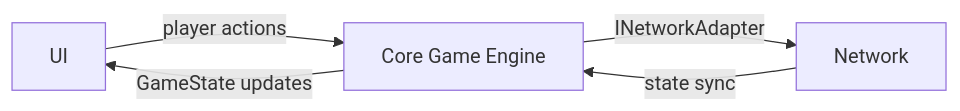
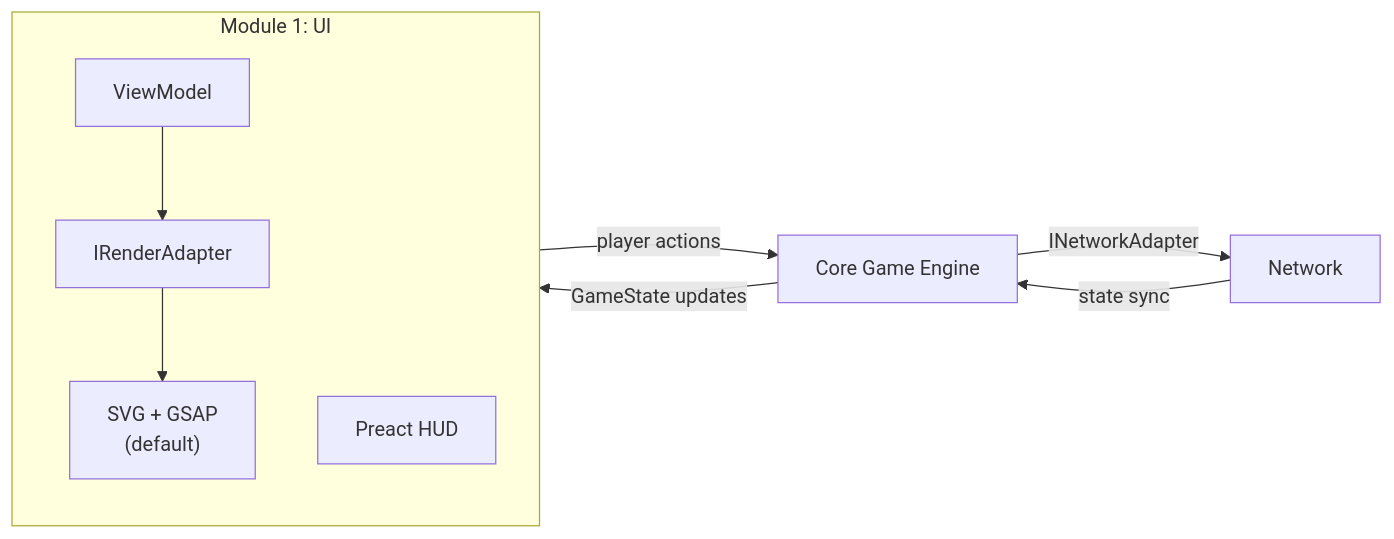
One commit to MintBee/some-cool-game changed the first of 5 diagrams in wiki/technical_spec.md. Above: the diagram before and after it, drawn with Mermaid. The commit also changed other lines of this file and 2 other files, not shown here.

First line of the commit message:
doc(wiki): change UI tech spec from WebGL based to SVG based

````diff
--- a/wiki/technical_spec.md
+++ b/wiki/technical_spec.md
@@ -40,10 +47,17 @@
 ```mermaid
 flowchart LR
-    UI["UI"]
+    subgraph UI["Module 1: UI"]
+        VM["ViewModel"]
+        RA["IRenderAdapter"]
+        SVG["SVG + GSAP\n(default)"]
+        HUD["Preact HUD"]
+        VM --> RA
+        RA --> SVG
+    end
     Core["Core Game Engine"]
     Net["Network"]
     UI -->|"player actions"| Core
     Core -->|"GameState updates"| UI
     Core -->|"INetworkAdapter"| Net
     Net -->|"state sync"| Core
 ```
````
